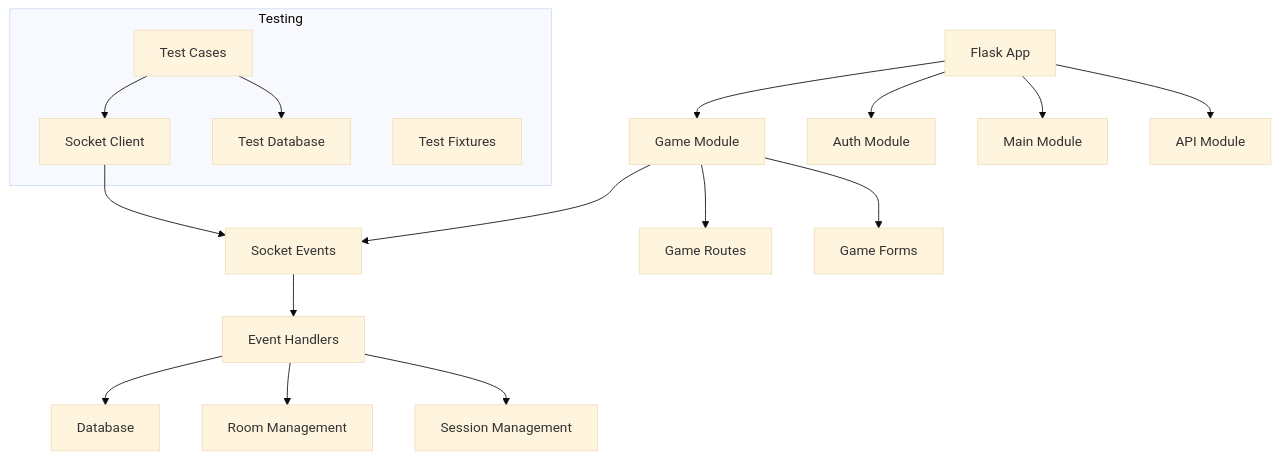
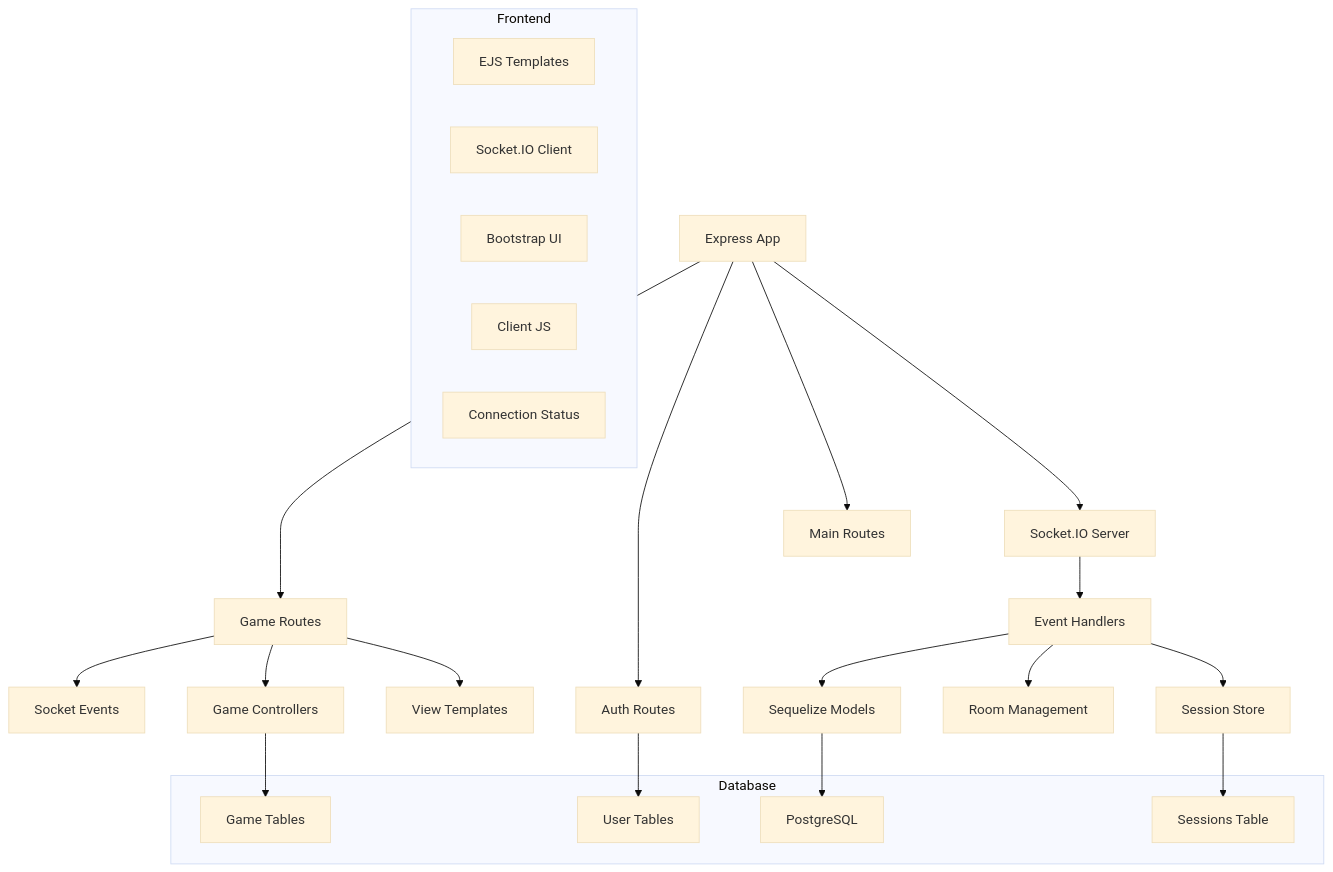
One commit to PoliTwit1984/kentrivia changed the second of 4 diagrams in diagram.md. Above: the diagram before and after it, drawn with Mermaid (base theme). The commit also changed other lines of this file and 58 other files, not shown here.

````diff
--- a/diagram.md
+++ b/diagram.md
@@ -78,27 +49,36 @@
 ```mermaid
 graph TD
-    A[Flask App] --> B[Game Module]
-    A --> C[Auth Module]
-    A --> D[Main Module]
-    A --> E[API Module]
+    A[Express App] --> B[Game Routes]
+    A --> C[Auth Routes]
+    A --> D[Main Routes]
+    A --> E[Socket.IO Server]
 
     B --> F[Socket Events]
-    B --> G[Game Routes]
-    B --> H[Game Forms]
+    B --> G[Game Controllers]
+    B --> H[View Templates]
 
-    F --> I[Event Handlers]
-    I --> J[Database]
+    E --> I[Event Handlers]
+    I --> J[Sequelize Models]
     I --> K[Room Management]
-    I --> L[Session Management]
+    I --> L[Session Store]
 
-    subgraph Testing
-        M[Test Cases]
-        N[Test Database]
-        O[Socket Client]
-        P[Test Fixtures]
+    subgraph Frontend
+        M[EJS Templates]
+        N[Socket.IO Client]
+        O[Bootstrap UI]
+        P[Client JS]
+        Q[Connection Status]
     end
 
-    M --> O
-    O --> F
-    M --> N
+    subgraph Database
+        R[PostgreSQL]
+        S[Sessions Table]
+        T[Game Tables]
+        U[User Tables]
+    end
+
+    J --> R
+    L --> S
+    G --> T
+    C --> U
 ```
````
